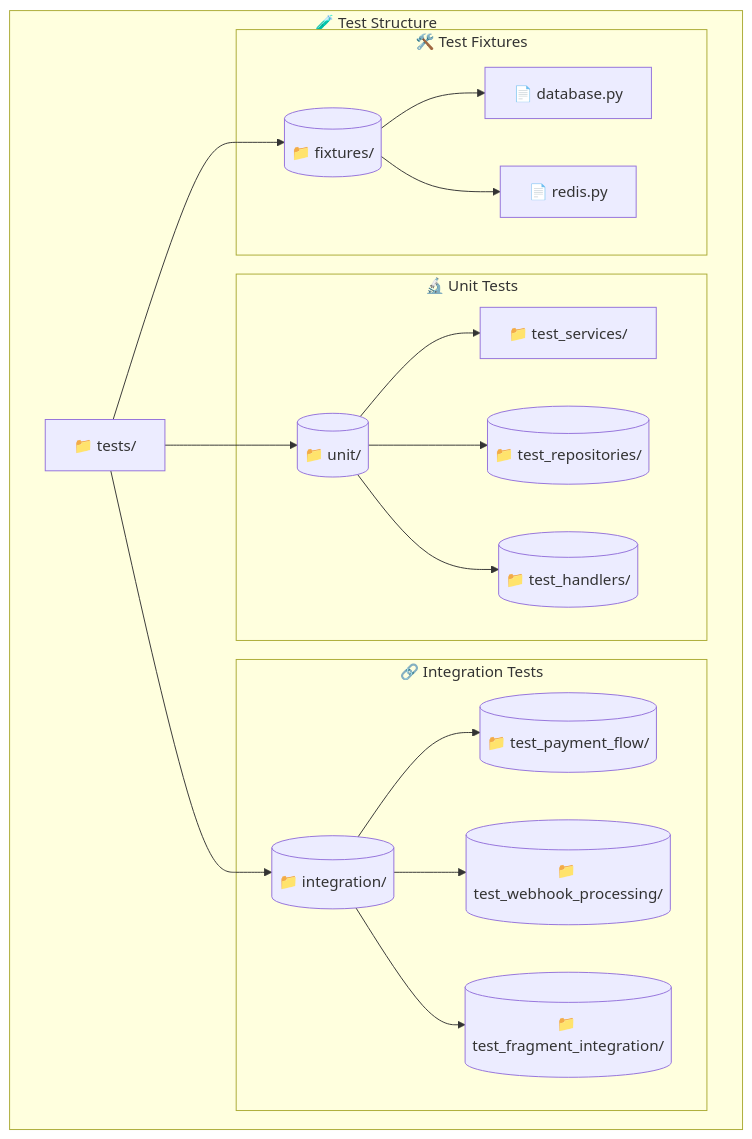
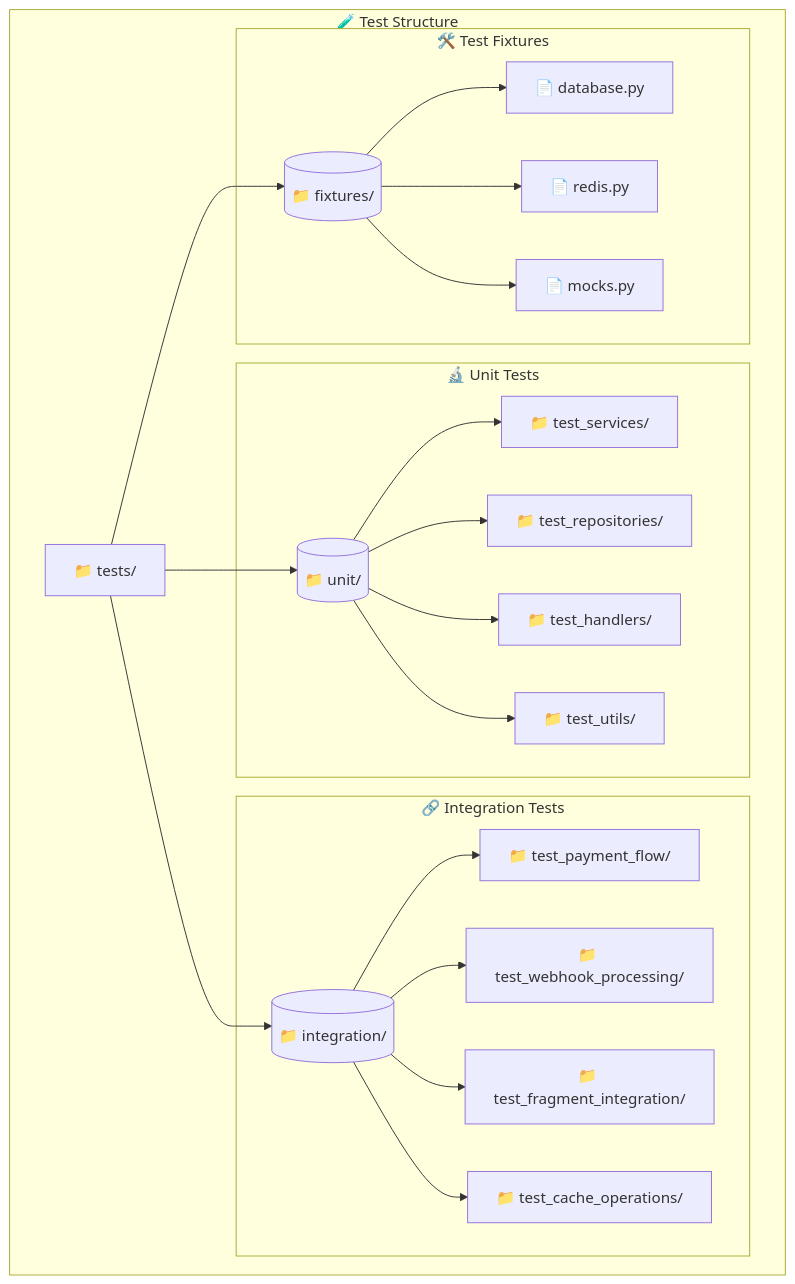
The seventh of 11 diagrams in README.md (neKamita/Mirza-Telegram-Shop-Bot), drawn with Mermaid before and after one commit. The commit also changed other lines of this file and 7 other files, not shown here.

````diff
--- a/README.md
+++ b/README.md
@@ -841,41 +772,47 @@
 ```mermaid
 graph TD
     subgraph "🧪 Test Structure"
         TESTS["📁 tests/"]
-        
+
         subgraph "🔬 Unit Tests"
             UNIT[("📁 unit/")]
             UNIT_SERVICES["📁 test_services/"]
-            UNIT_REPOS[("📁 test_repositories/")]
-            UNIT_HANDLERS[("📁 test_handlers/")]
+            UNIT_REPOS["📁 test_repositories/"]
+            UNIT_HANDLERS["📁 test_handlers/"]
+            UNIT_UTILS["📁 test_utils/"]
         end
-        
+
         subgraph "🔗 Integration Tests"
             INTEGRATION[("📁 integration/")]
-            INT_PAYMENT[("📁 test_payment_flow/")]
-            INT_WEBHOOK[("📁 test_webhook_processing/")]
-            INT_FRAGMENT[("📁 test_fragment_integration/")]
+            INT_PAYMENT["📁 test_payment_flow/"]
+            INT_WEBHOOK["📁 test_webhook_processing/"]
+            INT_FRAGMENT["📁 test_fragment_integration/"]
+            INT_CACHE["📁 test_cache_operations/"]
         end
-        
+
         subgraph "🛠️ Test Fixtures"
             FIXTURES[("📁 fixtures/")]
             FIX_DB["📄 database.py"]
             FIX_REDIS["📄 redis.py"]
+            FIX_MOCKS["📄 mocks.py"]
         end
     end
-    
+
     TESTS --> UNIT
     TESTS --> INTEGRATION
     TESTS --> FIXTURES
-    
+
     UNIT --> UNIT_SERVICES
     UNIT --> UNIT_REPOS
     UNIT --> UNIT_HANDLERS
-    
+    UNIT --> UNIT_UTILS
+
     INTEGRATION --> INT_PAYMENT
     INTEGRATION --> INT_WEBHOOK
     INTEGRATION --> INT_FRAGMENT
-    
+    INTEGRATION --> INT_CACHE
+
     FIXTURES --> FIX_DB
     FIXTURES --> FIX_REDIS
+    FIXTURES --> FIX_MOCKS
 ```
````
